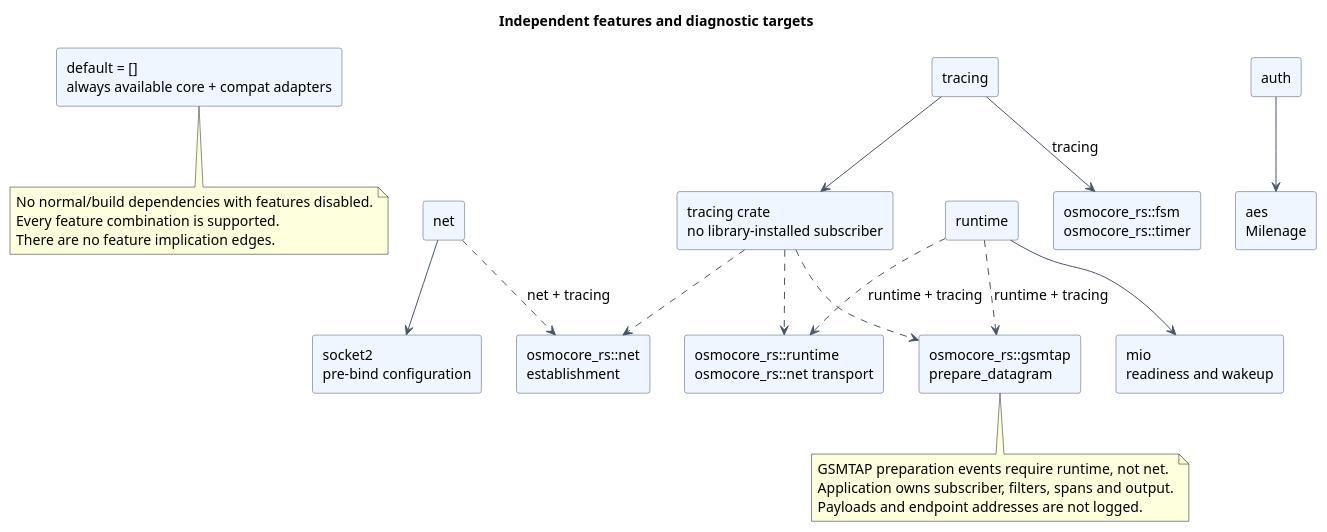
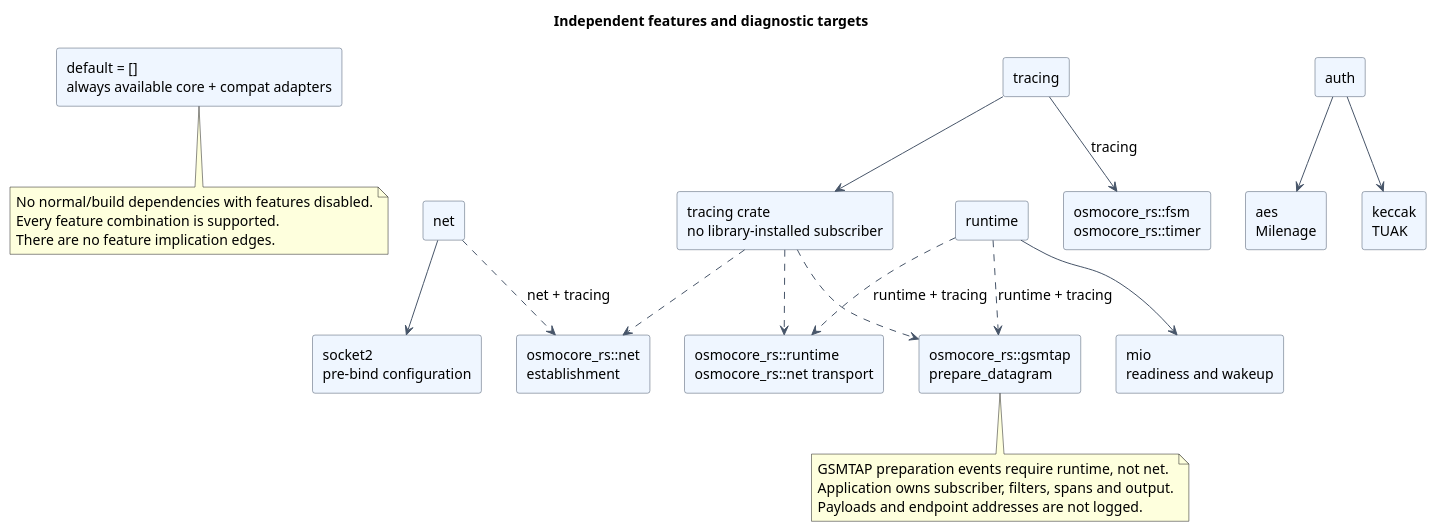
Before and after one commit to Silent-Wolf-Labs/osmocore-rs: the diagram in docs/architecture/diagrams/src/features-diagnostics.puml, drawn with PlantUML. The commit also changed 25 other files, not shown here.

```diff
--- a/docs/architecture/diagrams/src/features-diagnostics.puml
+++ b/docs/architecture/diagrams/src/features-diagnostics.puml
@@ -1,48 +1,50 @@
 @startuml
 title Independent features and diagnostic targets
 skinparam backgroundColor white
 skinparam shadowing false
 skinparam componentStyle rectangle
 skinparam defaultFontName SansSerif
 skinparam defaultFontSize 14
 skinparam ArrowColor #475569
 skinparam componentBackgroundColor #EFF6FF
 skinparam componentBorderColor #475569
 skinparam packageBackgroundColor #F8FAFC
 skinparam packageBorderColor #64748B
 top to bottom direction
 component "default = []\nalways available core + compat adapters" as defaults
 component "net" as net
 component "runtime" as runtime
 component "tracing" as tracing
 component "auth" as auth
 component "socket2\npre-bind configuration" as socket2
 component "mio\nreadiness and wakeup" as mio
 component "aes\nMilenage" as aes
+component "keccak\nTUAK" as keccak
 component "tracing crate\nno library-installed subscriber" as library
 component "osmocore_rs::fsm\nosmocore_rs::timer" as coretargets
 component "osmocore_rs::net\nestablishment" as nettarget
 component "osmocore_rs::runtime\nosmocore_rs::net transport" as runtarget
 component "osmocore_rs::gsmtap\nprepare_datagram" as gsmtap
 net --> socket2
 runtime --> mio
 auth --> aes
+auth --> keccak
 tracing --> library
 tracing --> coretargets : tracing
 net ..> nettarget : net + tracing
 runtime ..> runtarget : runtime + tracing
 runtime ..> gsmtap : runtime + tracing
 library ..> nettarget
 library ..> runtarget
 library ..> gsmtap
 note bottom of defaults
 No normal/build dependencies with features disabled.
 Every feature combination is supported.
 There are no feature implication edges.
 end note
 note bottom of gsmtap
 GSMTAP preparation events require runtime, not net.
 Application owns subscriber, filters, spans and output.
 Payloads and endpoint addresses are not logged.
 end note
 @enduml
```
